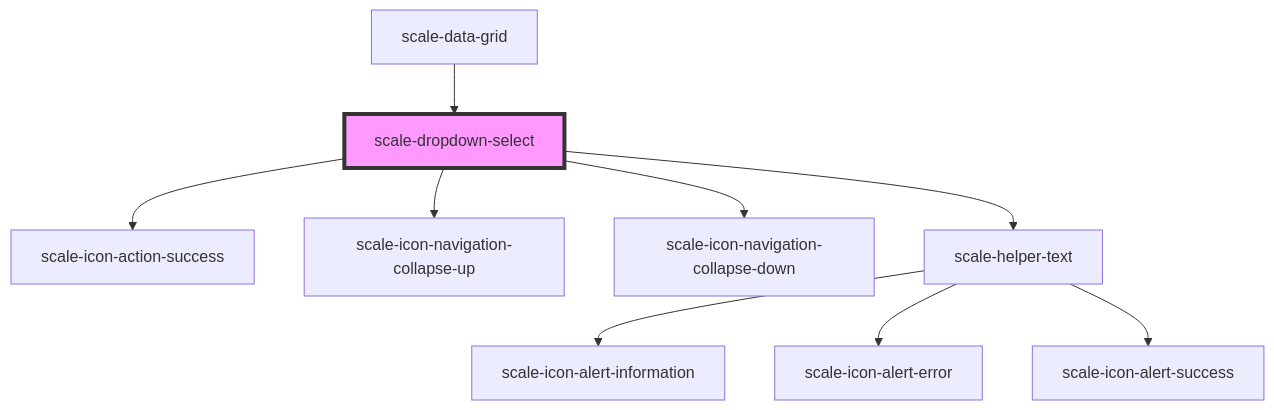
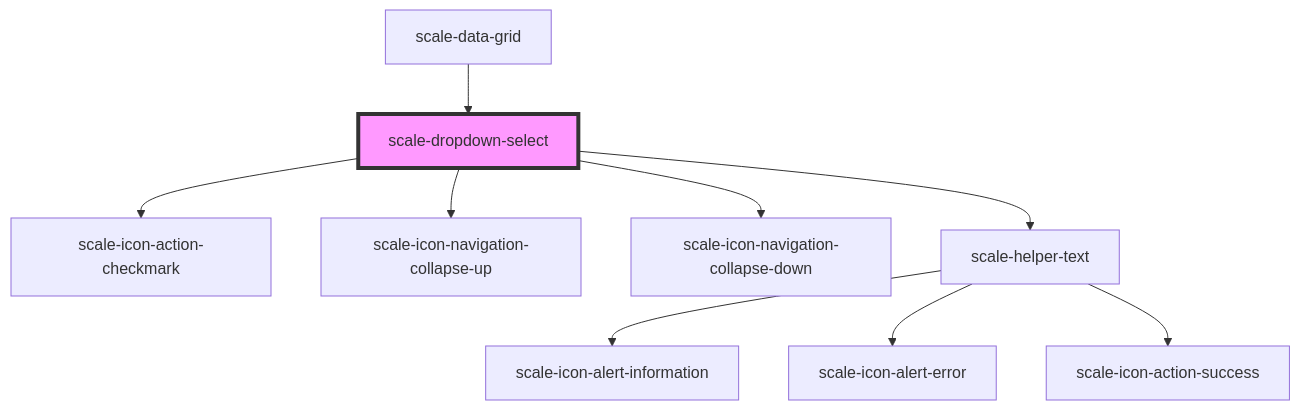
The diagram in packages/components/src/components/dropdown-select/readme.md (telekom/scale), drawn with Mermaid before and after one commit. The commit also changed other lines of this file and 787 other files, not shown here.

````diff
--- a/packages/components/src/components/dropdown-select/readme.md
+++ b/packages/components/src/components/dropdown-select/readme.md
@@ -62,12 +62,12 @@
 ```mermaid
 graph TD;
-  scale-dropdown-select --> scale-icon-action-success
+  scale-dropdown-select --> scale-icon-action-checkmark
   scale-dropdown-select --> scale-icon-navigation-collapse-up
   scale-dropdown-select --> scale-icon-navigation-collapse-down
   scale-dropdown-select --> scale-helper-text
   scale-helper-text --> scale-icon-alert-information
   scale-helper-text --> scale-icon-alert-error
-  scale-helper-text --> scale-icon-alert-success
+  scale-helper-text --> scale-icon-action-success
   scale-data-grid --> scale-dropdown-select
   style scale-dropdown-select fill:#f9f,stroke:#333,stroke-width:4px
 ```
````
